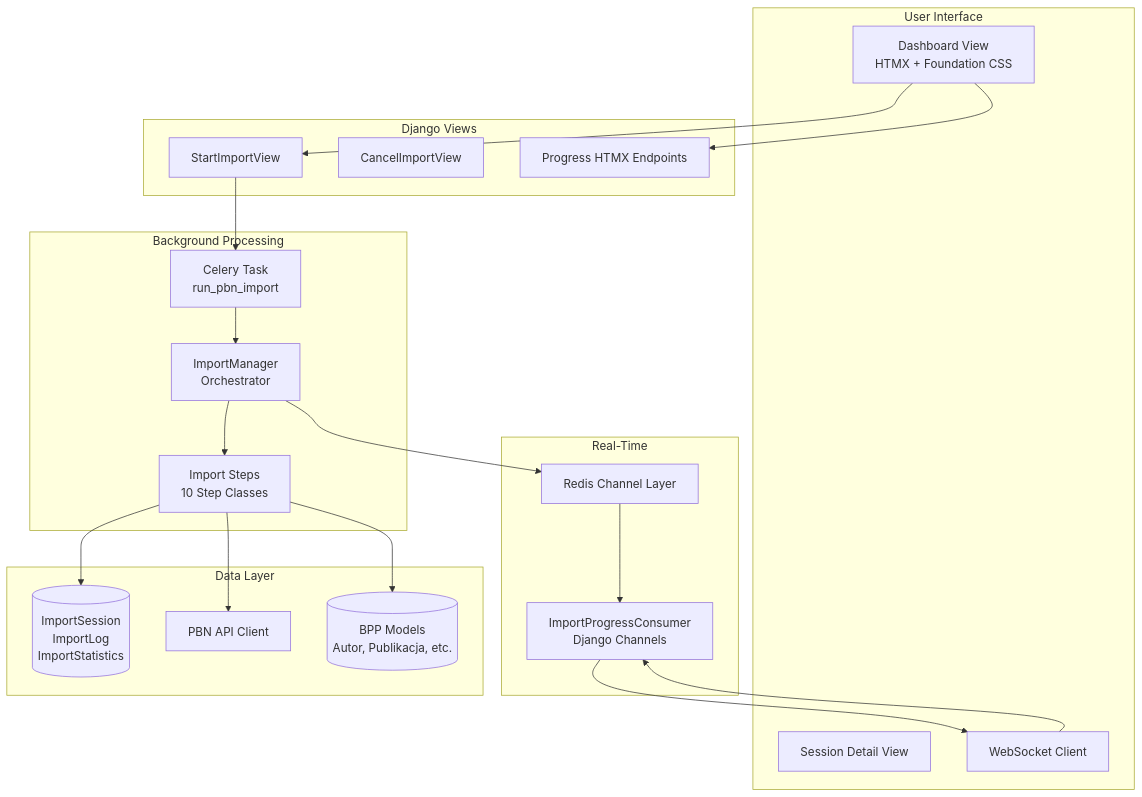
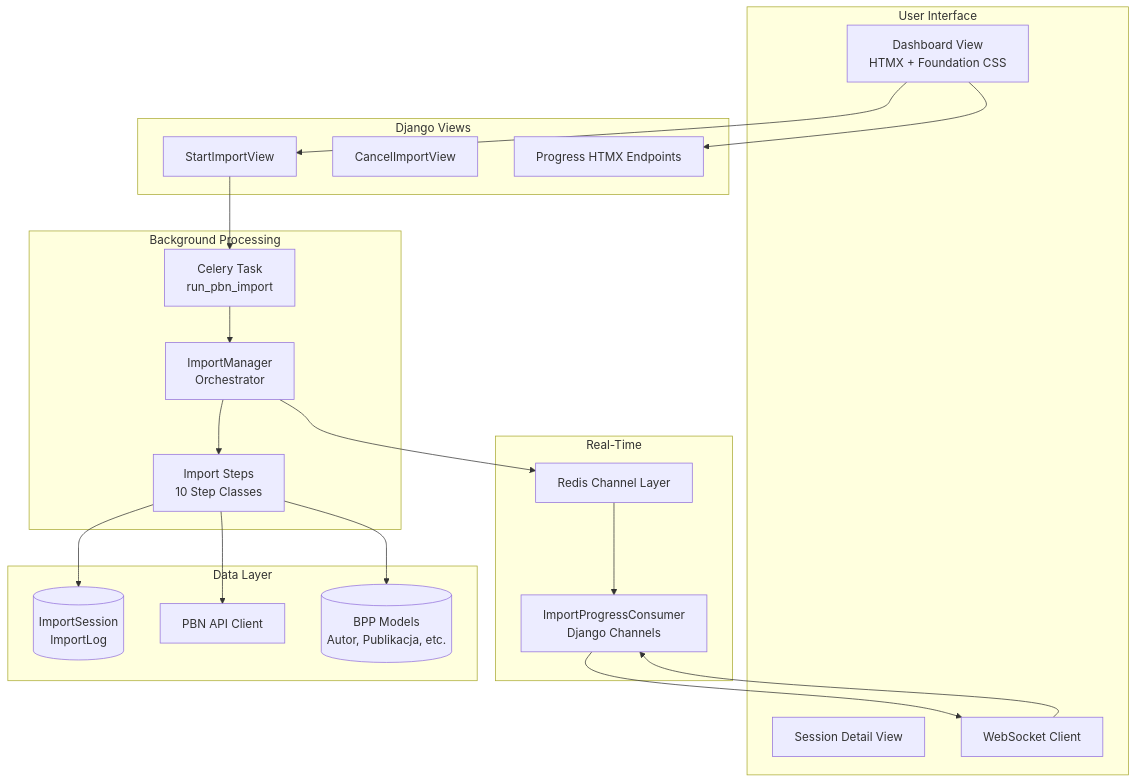
One commit to iplweb/bpp changed the first of 2 diagrams in src/pbn_import/CODEBASE_MAP.md. Above: the diagram before and after it, drawn with Mermaid. The commit also changed other lines of this file and 44 other files, not shown here.

````diff
--- a/src/pbn_import/CODEBASE_MAP.md
+++ b/src/pbn_import/CODEBASE_MAP.md
@@ -19,44 +19,44 @@
 ```mermaid
 graph TB
     subgraph UI["User Interface"]
         Dashboard[Dashboard View<br/>HTMX + Foundation CSS]
         SessionDetail[Session Detail View]
         WebSocket[WebSocket Client]
     end
 
     subgraph Views["Django Views"]
         StartImport[StartImportView]
         CancelImport[CancelImportView]
         ProgressAPI[Progress HTMX Endpoints]
     end
 
     subgraph Background["Background Processing"]
         Celery[Celery Task<br/>run_pbn_import]
         ImportManager[ImportManager<br/>Orchestrator]
         Steps[Import Steps<br/>10 Step Classes]
     end
 
     subgraph Realtime["Real-Time"]
         Consumer[ImportProgressConsumer<br/>Django Channels]
         ChannelLayer[Redis Channel Layer]
     end
 
     subgraph Data["Data Layer"]
-        Models[(ImportSession<br/>ImportLog<br/>ImportStatistics)]
+        Models[(ImportSession<br/>ImportLog)]
         PBNAPI[PBN API Client]
         BPPModels[(BPP Models<br/>Autor, Publikacja, etc.)]
     end
 
     Dashboard --> StartImport
     Dashboard --> ProgressAPI
     WebSocket --> Consumer
     StartImport --> Celery
     Celery --> ImportManager
     ImportManager --> Steps
     Steps --> PBNAPI
     Steps --> BPPModels
     Steps --> Models
     ImportManager --> ChannelLayer
     ChannelLayer --> Consumer
     Consumer --> WebSocket
 ```
````
